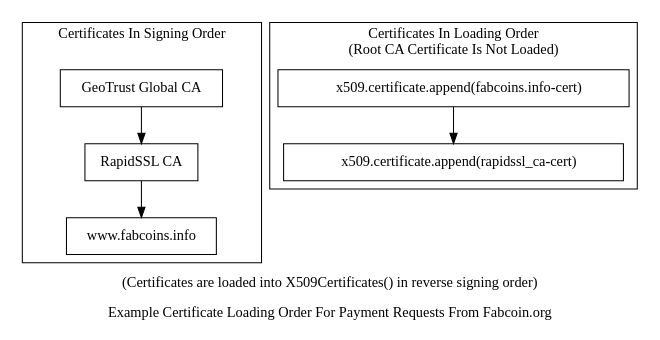
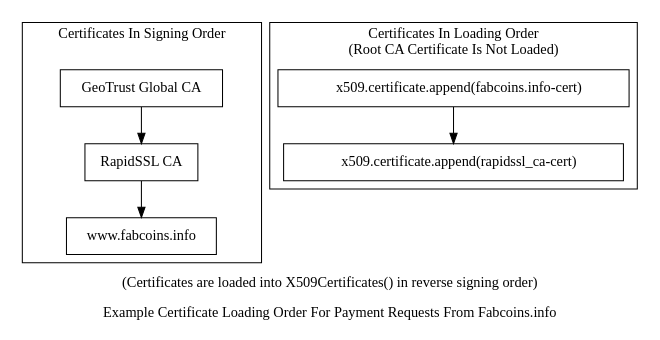
Before and after one commit to fabcoins-dot-info/fabcoins.info: the diagram in img/dev/en-cert-order.dot, drawn with Graphviz. The commit also changed 226 other files, not shown here.

```diff
--- a/img/dev/en-cert-order.dot
+++ b/img/dev/en-cert-order.dot
@@ -1,29 +1,29 @@
 digraph paymentchannel {
 size=6.66;
 //rankdir=LR;
 //splines = true;
 //nodesep = 0.4;
 
 //edge [ minlen = 2 ];
 node [ shape = box ];
 
 
 subgraph cluster_signing {
-    btcorg [ label = "www.fabcoins.info" ]
+    faborg [ label = "www.fabcoins.info" ]
     rapidssl [ label = "RapidSSL CA" ]
     geotrust [ label = "GeoTrust Global CA" ]
 
-    geotrust -> rapidssl -> btcorg
+    geotrust -> rapidssl -> faborg
     label = " Certificates In Signing Order \n "
 }
 
 subgraph cluster_loading {
     one [ label = "    x509.certificate.append(fabcoins.info-cert) " ] 
     two [ label = "    x509.certificate.append(rapidssl_ca-cert) " ] 
     one -> two
     label = "Certificates In Loading Order\n(Root CA Certificate Is Not Loaded)"
 }
 
-label = "(Certificates are loaded into X509Certificates() in reverse signing order)\n \nExample Certificate Loading Order For Payment Requests From Fabcoin.org"
+label = "(Certificates are loaded into X509Certificates() in reverse signing order)\n \nExample Certificate Loading Order For Payment Requests From Fabcoins.info"
 
 }
```
